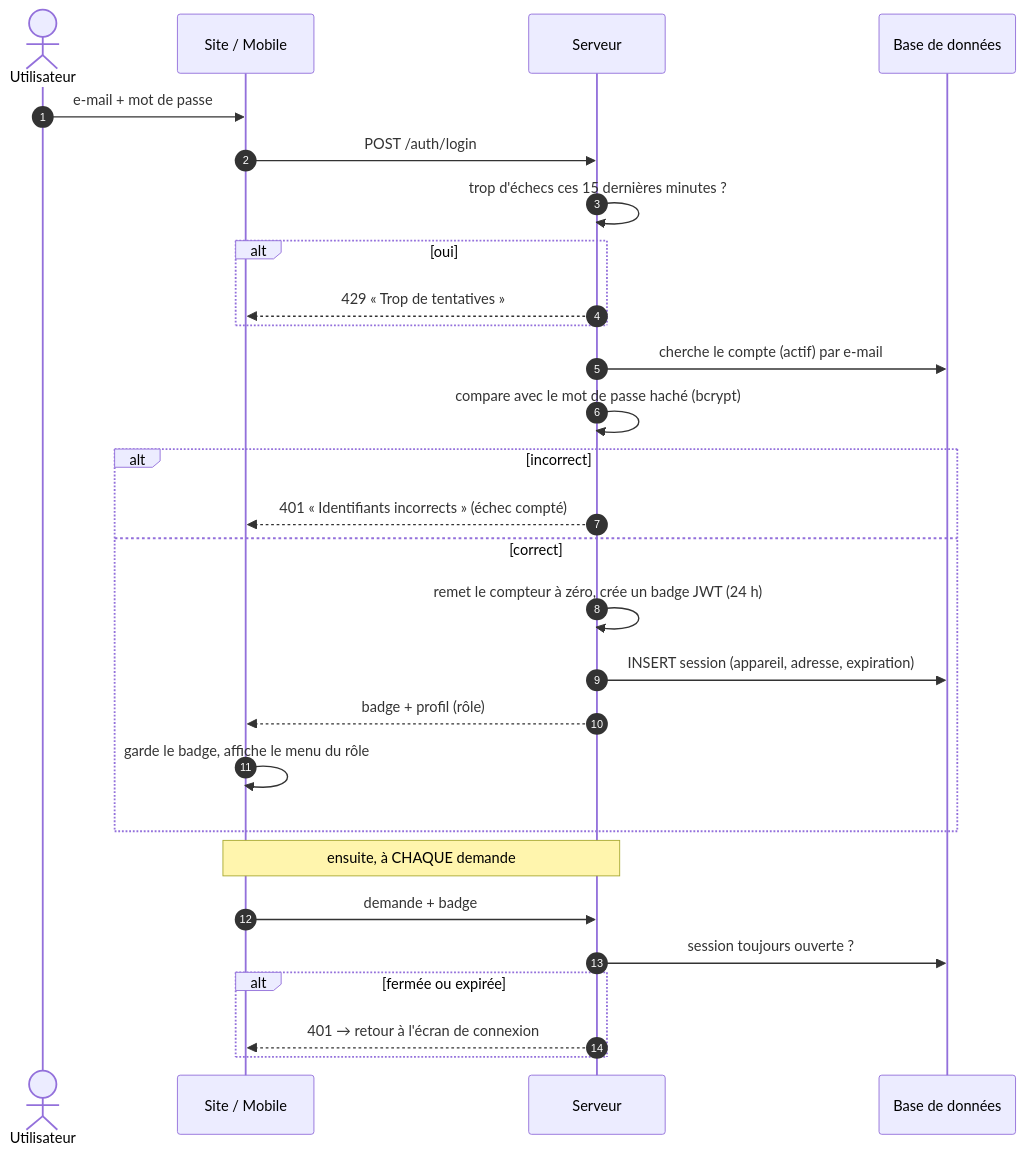
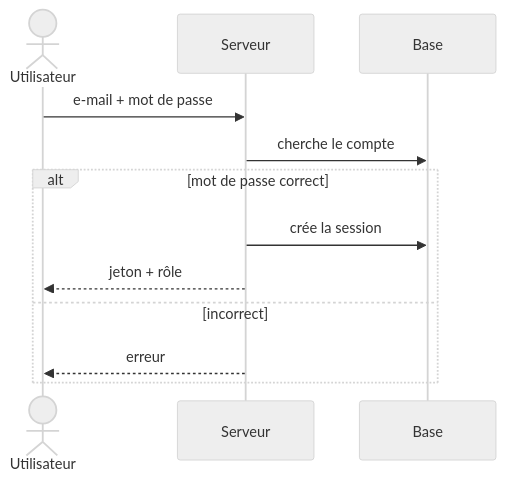
Before and after one commit to eliaTolojanahary/gestionFormation_stage: the eighth of 9 diagrams in FLUX-MEMOIRE.md, drawn with Mermaid. The commit also changed other lines of this file and 163 other files, not shown here.

````diff
--- a/FLUX-MEMOIRE.md
+++ b/FLUX-MEMOIRE.md
@@ -856,31 +1128,16 @@
 ```mermaid
+%%{init: {'theme':'neutral'}}%%
 sequenceDiagram
-    autonumber
     actor U as Utilisateur
-    participant C as Site / Mobile
-    participant API as Serveur
-    participant DB as Base de données
+    participant S as Serveur
+    participant DB as Base
 
-    U->>C: e-mail + mot de passe
-    C->>API: POST /auth/login
-    API->>API: trop d'échecs ces 15 dernières minutes ?
-    alt oui
-        API-->>C: 429 « Trop de tentatives »
-    end
-    API->>DB: cherche le compte (actif) par e-mail
-    API->>API: compare avec le mot de passe haché (bcrypt)
-    alt incorrect
-        API-->>C: 401 « Identifiants incorrects » (échec compté)
-    else correct
-        API->>API: remet le compteur à zéro, crée un badge JWT (24 h)
-        API->>DB: INSERT session (appareil, adresse, expiration)
-        API-->>C: badge + profil (rôle)
-        C->>C: garde le badge, affiche le menu du rôle
-    end
-    Note over C,API: ensuite, à CHAQUE demande
-    C->>API: demande + badge
-    API->>DB: session toujours ouverte ?
-    alt fermée ou expirée
-        API-->>C: 401 → retour à l'écran de connexion
+    U->>S: e-mail + mot de passe
+    S->>DB: cherche le compte
+    alt mot de passe correct
+        S->>DB: crée la session
+        S-->>U: jeton + rôle
+    else incorrect
+        S-->>U: erreur
     end
 ```
````
